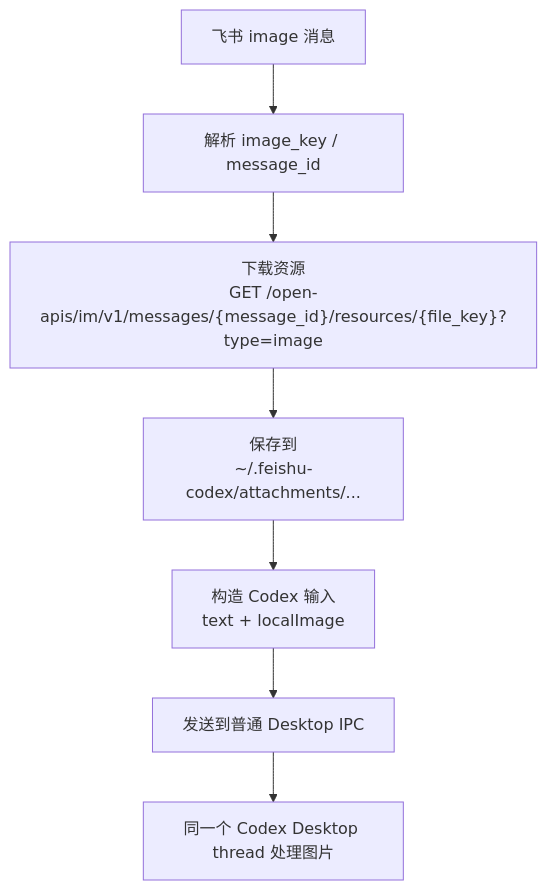
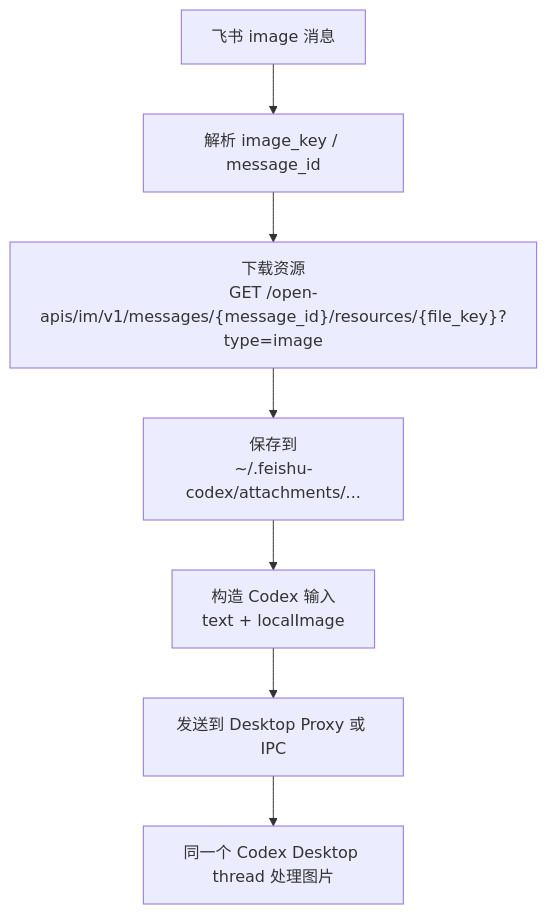
The third of 3 diagrams in README.md (a1647517212/codex-feishu-helper), drawn with Mermaid before and after one commit. The commit also changed other lines of this file and 26 other files, not shown here.

````diff
--- a/README.md
+++ b/README.md
@@ -84,9 +97,9 @@
 ```mermaid
 flowchart TD
   A["飞书 image 消息"] --> B["解析 image_key / message_id"]
   B --> C["下载资源<br/>GET /open-apis/im/v1/messages/{message_id}/resources/{file_key}?type=image"]
   C --> D["保存到<br/>~/.feishu-codex/attachments/..."]
   D --> E["构造 Codex 输入<br/>text + localImage"]
-  E --> F["发送到普通 Desktop IPC"]
+  E --> F["发送到 Desktop Proxy 或 IPC"]
   F --> G["同一个 Codex Desktop thread 处理图片"]
 ```
````
